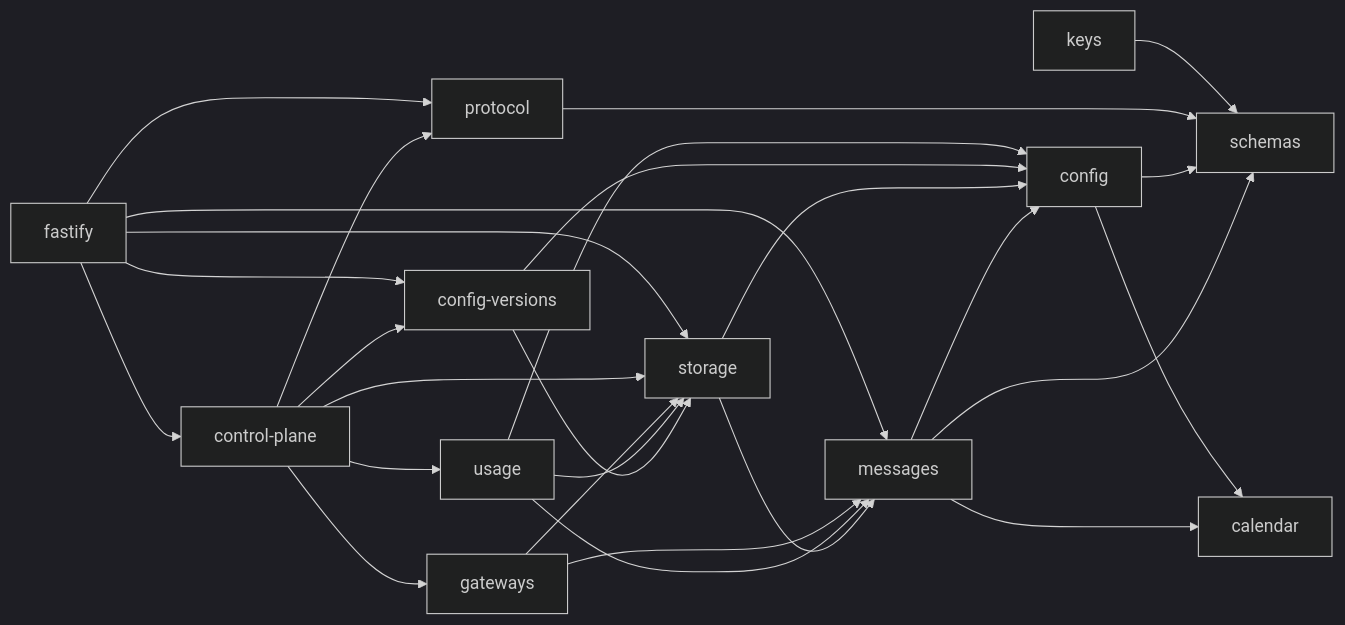
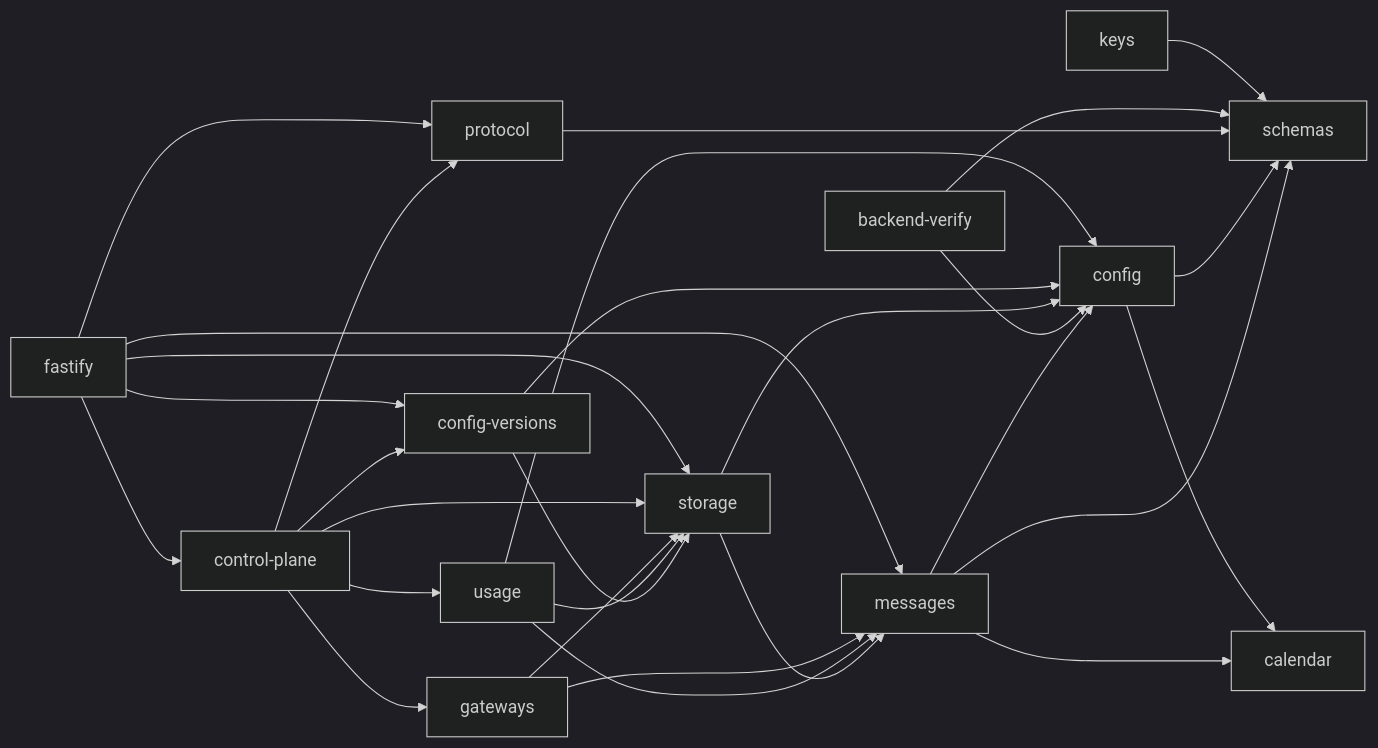
Before and after one commit to acdtrx/kaiak: the second of 3 diagrams in docs/ARCHITECTURE.md, drawn with Mermaid (dark theme). The commit also changed other lines of this file and 6 other files, not shown here.

First line of the commit message:
feat(kaiak-control): verifyBackend — step 2

````diff
--- a/docs/ARCHITECTURE.md
+++ b/docs/ARCHITECTURE.md
@@ -296,29 +306,31 @@
 ```mermaid
 flowchart LR
     fastify --> cp
     fastify --> cv
     fastify --> protocol
     fastify --> messages
     fastify --> storage
     cp[control-plane] --> cv[config-versions]
     cp --> protocol
     cp --> storage
     cp --> usage
     cp --> gateways
     gateways --> messages
     gateways --> storage
     usage --> messages
     usage --> config
     usage --> storage
     storage --> messages
     cv --> config
     cv --> storage
     storage --> config
     keys --> schemas
+    bv[backend-verify] --> config
+    bv --> schemas
     protocol --> schemas
     config --> schemas
     config --> calendar
     messages --> config
     messages --> schemas
     messages --> calendar
 ```
````
